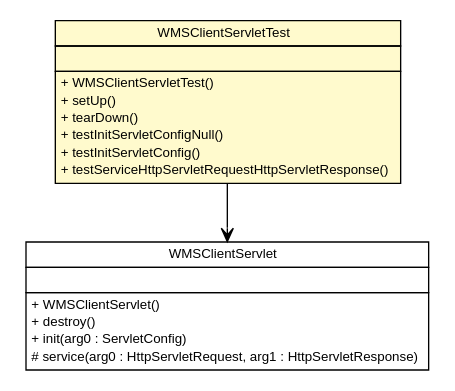
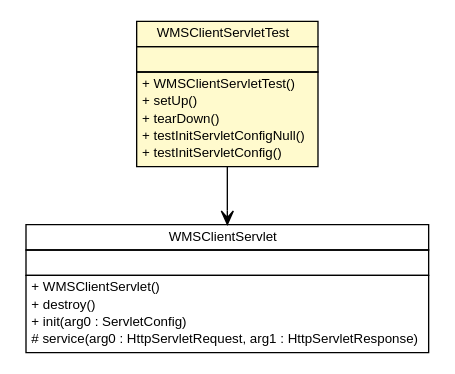
Before and after one commit to MinELenI/CBSviewer: the diagram in testapidocs/nl/mineleni/cbsviewer/servlet/wms/WMSClientServletTest.dot, drawn with Graphviz. The commit also changed 456 other files, not shown here.

```diff
--- a/testapidocs/nl/mineleni/cbsviewer/servlet/wms/WMSClientServletTest.dot
+++ b/testapidocs/nl/mineleni/cbsviewer/servlet/wms/WMSClientServletTest.dot
@@ -1,46 +1,45 @@
 #!/usr/local/bin/dot
 #
 # Class diagram 
 # Generated by UMLGraph version R5_6 (http://www.umlgraph.org/)
 #
 
 digraph G {
 	edge [fontname="arial",fontsize=10,labelfontname="arial",labelfontsize=10];
 	node [fontname="arial",fontsize=10,shape=plaintext];
 	nodesep=0.25;
 	ranksep=0.5;
 	// nl.mineleni.cbsviewer.servlet.wms.WMSClientServletTest
-	c472 [label=<<table title="nl.mineleni.cbsviewer.servlet.wms.WMSClientServletTest" border="0" cellborder="1" cellspacing="0" cellpadding="2" port="p" bgcolor="lemonChiffon" href="./WMSClientServletTest.html">
+	c517 [label=<<table title="nl.mineleni.cbsviewer.servlet.wms.WMSClientServletTest" border="0" cellborder="1" cellspacing="0" cellpadding="2" port="p" bgcolor="lemonChiffon" href="./WMSClientServletTest.html">
 		<tr><td><table border="0" cellspacing="0" cellpadding="1">
 <tr><td align="center" balign="center"> WMSClientServletTest </td></tr>
 		</table></td></tr>
 		<tr><td><table border="0" cellspacing="0" cellpadding="1">
 <tr><td align="left" balign="left">  </td></tr>
 		</table></td></tr>
 		<tr><td><table border="0" cellspacing="0" cellpadding="1">
 <tr><td align="left" balign="left"> + WMSClientServletTest() </td></tr>
 <tr><td align="left" balign="left"> + setUp() </td></tr>
 <tr><td align="left" balign="left"> + tearDown() </td></tr>
 <tr><td align="left" balign="left"> + testInitServletConfigNull() </td></tr>
 <tr><td align="left" balign="left"> + testInitServletConfig() </td></tr>
-<tr><td align="left" balign="left"> + testServiceHttpServletRequestHttpServletResponse() </td></tr>
 		</table></td></tr>
 		</table>>, URL="./WMSClientServletTest.html", fontname="arial", fontcolor="black", fontsize=10.0];
 	// nl.mineleni.cbsviewer.servlet.wms.WMSClientServletTest NAVASSOC nl.mineleni.cbsviewer.servlet.wms.WMSClientServlet
-	c472:p -> c481:p [taillabel="", label="", headlabel="", fontname="arial", fontcolor="black", fontsize=10.0, color="black", arrowhead=open];
+	c517:p -> c525:p [taillabel="", label="", headlabel="", fontname="arial", fontcolor="black", fontsize=10.0, color="black", arrowhead=open];
 	// nl.mineleni.cbsviewer.servlet.wms.WMSClientServlet
-	c481 [label=<<table title="nl.mineleni.cbsviewer.servlet.wms.WMSClientServlet" border="0" cellborder="1" cellspacing="0" cellpadding="2" port="p">
+	c525 [label=<<table title="nl.mineleni.cbsviewer.servlet.wms.WMSClientServlet" border="0" cellborder="1" cellspacing="0" cellpadding="2" port="p">
 		<tr><td><table border="0" cellspacing="0" cellpadding="1">
 <tr><td align="center" balign="center"> WMSClientServlet </td></tr>
 		</table></td></tr>
 		<tr><td><table border="0" cellspacing="0" cellpadding="1">
 <tr><td align="left" balign="left">  </td></tr>
 		</table></td></tr>
 		<tr><td><table border="0" cellspacing="0" cellpadding="1">
 <tr><td align="left" balign="left"> + WMSClientServlet() </td></tr>
 <tr><td align="left" balign="left"> + destroy() </td></tr>
 <tr><td align="left" balign="left"> + init(arg0 : ServletConfig) </td></tr>
 <tr><td align="left" balign="left"> # service(arg0 : HttpServletRequest, arg1 : HttpServletResponse) </td></tr>
 		</table></td></tr>
 		</table>>, URL="null", fontname="arial", fontcolor="black", fontsize=10.0];
 }
```
